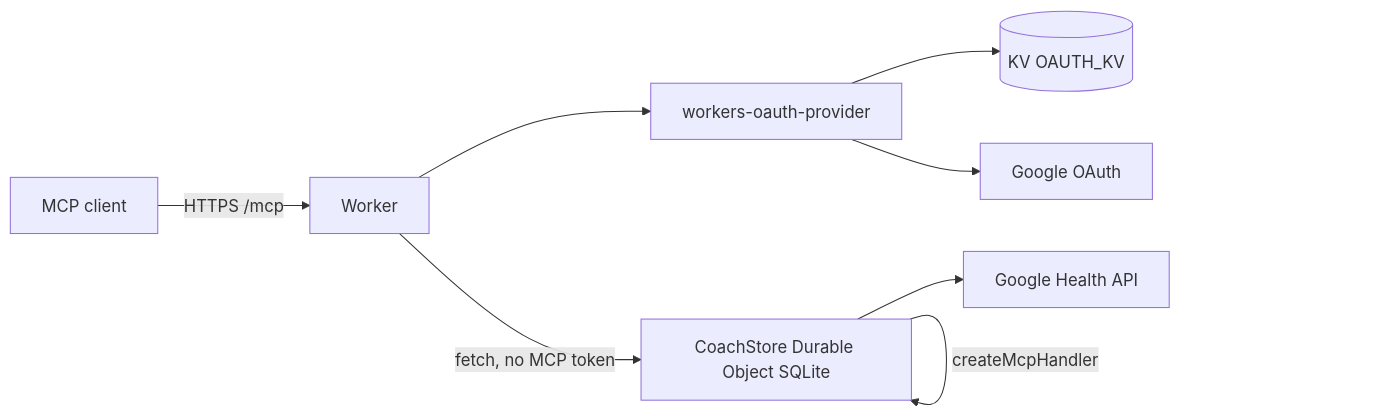
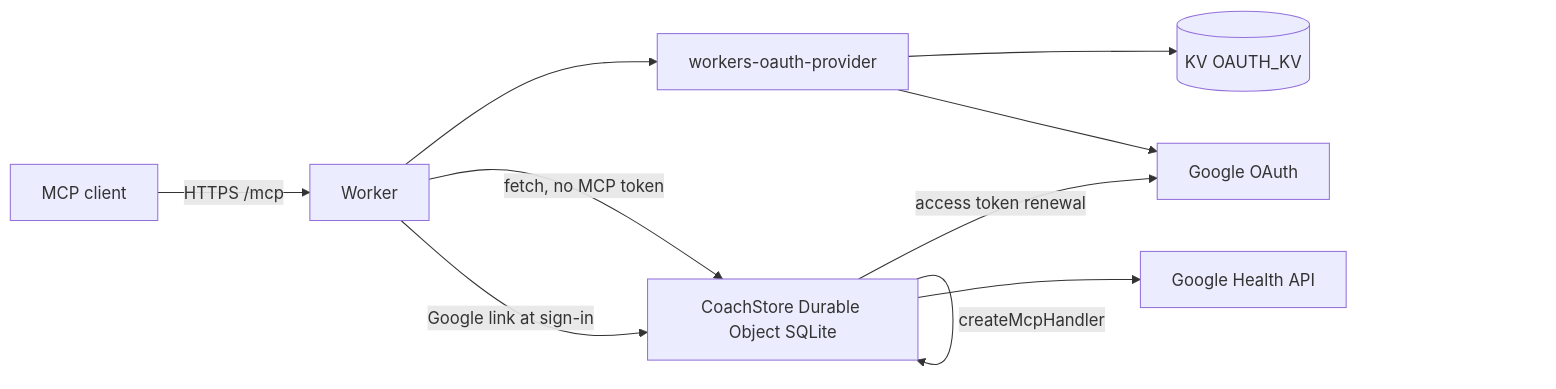
The first of 3 diagrams in README.md (athosmartinez/health-coach-mcp), drawn with Mermaid before and after one commit. The commit also changed other lines of this file, not shown here.

Commit message:
docs(readme): correct the sign-in flow, hosts and tool summaries

````diff
--- a/README.md
+++ b/README.md
@@ -23,18 +23,20 @@
 ```mermaid
 flowchart LR
   client[MCP client]
   worker[Worker]
   oauth[workers-oauth-provider]
   kv[(KV OAUTH_KV)]
   store[CoachStore Durable Object SQLite]
   google[Google OAuth]
   health[Google Health API]
 
   client -->|HTTPS /mcp| worker
   worker --> oauth
   oauth --> kv
   oauth --> google
   worker -->|fetch, no MCP token| store
+  worker -->|Google link at sign-in| store
   store -->|createMcpHandler| store
+  store -->|access token renewal| google
   store --> health
 ```
````
